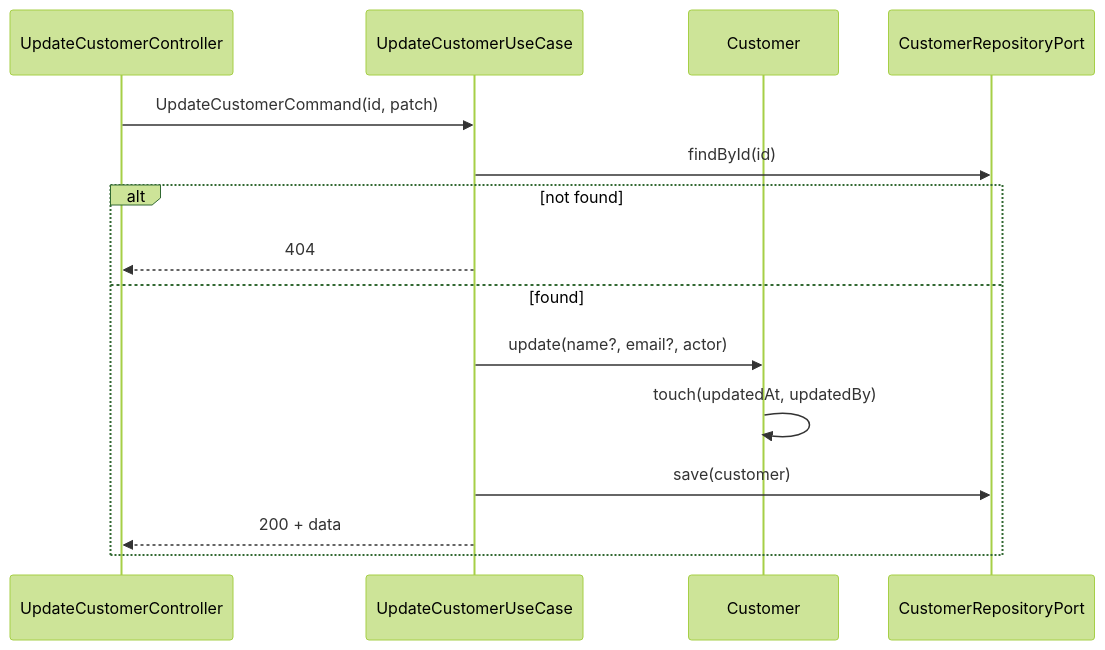
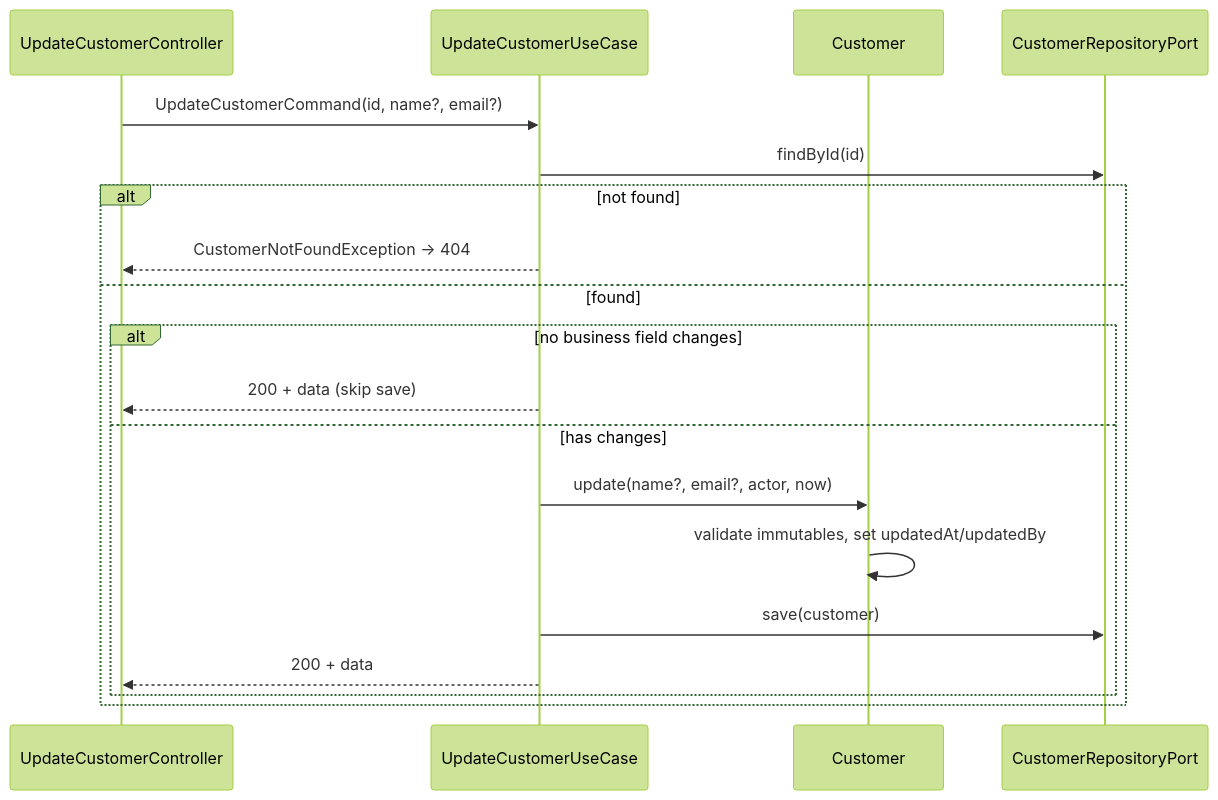
Before and after one commit to vicentepf78/financial-platform-lab: the first of 2 diagrams in .specs/features/update-customer/design.md, drawn with Mermaid (forest theme). The commit also changed other lines of this file and 11 other files, not shown here.

````diff
--- a/.specs/features/update-customer/design.md
+++ b/.specs/features/update-customer/design.md
@@ -12,18 +12,22 @@
 ```mermaid
 sequenceDiagram
     participant C as UpdateCustomerController
     participant UC as UpdateCustomerUseCase
     participant D as Customer
     participant R as CustomerRepositoryPort
 
-    C->>UC: UpdateCustomerCommand(id, patch)
+    C->>UC: UpdateCustomerCommand(id, name?, email?)
     UC->>R: findById(id)
     alt not found
-        UC-->>C: 404
+        UC-->>C: CustomerNotFoundException → 404
     else found
-        UC->>D: update(name?, email?, actor)
-        D->>D: touch(updatedAt, updatedBy)
-        UC->>R: save(customer)
-        UC-->>C: 200 + data
+        alt no business field changes
+            UC-->>C: 200 + data (skip save)
+        else has changes
+            UC->>D: update(name?, email?, actor, now)
+            D->>D: validate immutables, set updatedAt/updatedBy
+            UC->>R: save(customer)
+            UC-->>C: 200 + data
+        end
     end
 ```
````
